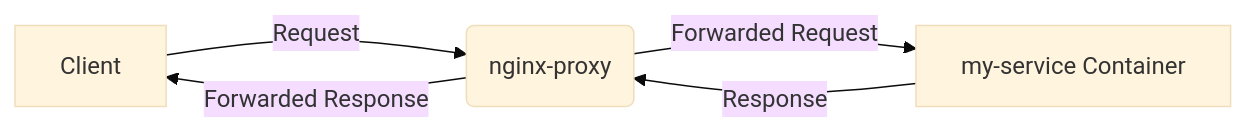
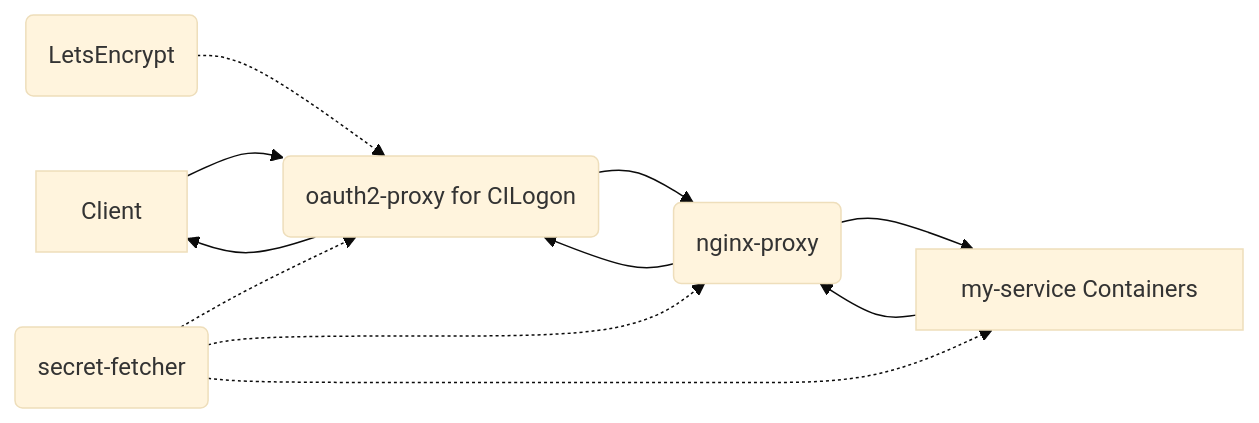
The diagram in README.md (braingeneers/mission_control), drawn with Mermaid (base theme) before and after one commit. The commit also changed other lines of this file and 7 other files, not shown here.

````diff
--- a/README.md
+++ b/README.md
@@ -20,7 +45,14 @@
 ```mermaid
 graph LR
-    A[Client] -- Request --> B(nginx-proxy)
-    B -- Forwarded Request --> C[my-service Container]
-    C -- Response --> B
-    B -- Forwarded Response --> A
+    A[Client] --> B(oauth2-proxy for CILogon)
+    F(LetsEncrypt) -.-> B
+    E(secret-fetcher) -.-> B
+    B --> C(nginx-proxy)
+    E -.-> C
+    C --> D[my-service Containers]
+    E -.-> D
+    D --> C
+    C --> B
+    B --> A
+
 ```
````
